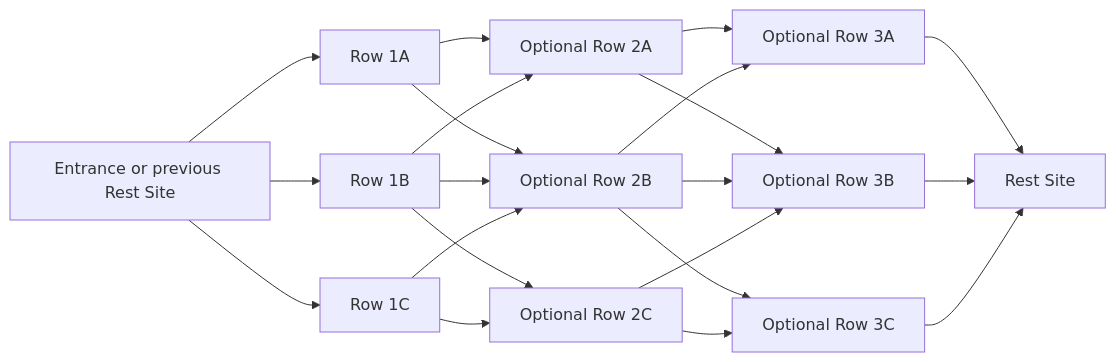
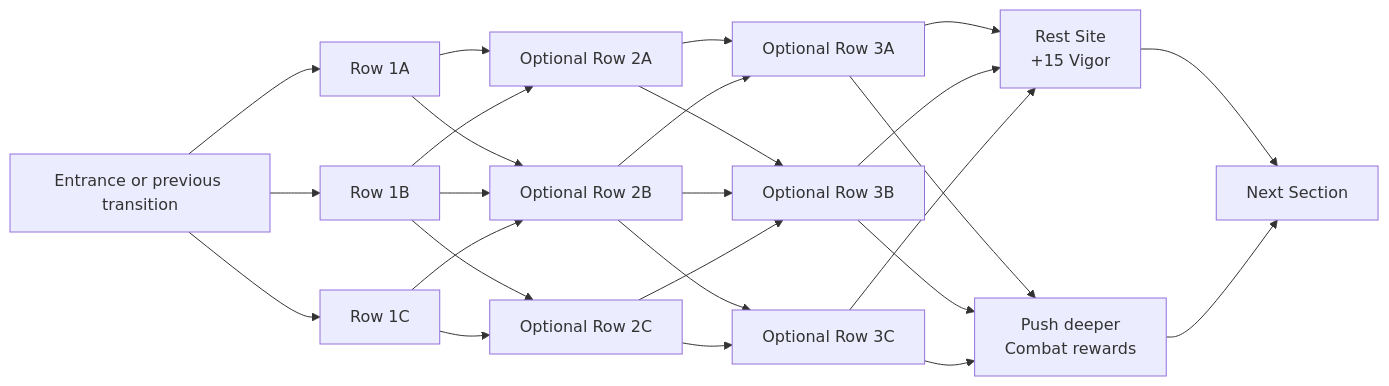
The second of 2 diagrams in docs/dungeon-run-experience-implementation-status.md (Dryppie/legends-legacy), drawn with Mermaid before and after one commit. The commit also changed other lines of this file and 18 other files, not shown here.

````diff
--- a/docs/dungeon-run-experience-implementation-status.md
+++ b/docs/dungeon-run-experience-implementation-status.md
@@ -188,23 +190,28 @@
 ```mermaid
 flowchart LR
-    S["Entrance or previous Rest Site"] --> A1["Row 1A"]
+    S["Entrance or previous transition"] --> A1["Row 1A"]
     S --> A2["Row 1B"]
     S --> A3["Row 1C"]
     A1 --> B1["Optional Row 2A"]
     A1 --> B2["Optional Row 2B"]
     A2 --> B1
     A2 --> B2
     A2 --> B3["Optional Row 2C"]
     A3 --> B2
     A3 --> B3
     B1 --> C1["Optional Row 3A"]
     B1 --> C2["Optional Row 3B"]
     B2 --> C1
     B2 --> C2
     B2 --> C3["Optional Row 3C"]
     B3 --> C2
     B3 --> C3
-    C1 --> R["Rest Site"]
+    C1 --> R["Rest Site<br/>+15 Vigor"]
+    C1 --> P["Push deeper<br/>Combat rewards"]
     C2 --> R
+    C2 --> P
     C3 --> R
+    C3 --> P
+    R --> N["Next Section"]
+    P --> N
 ```
````
